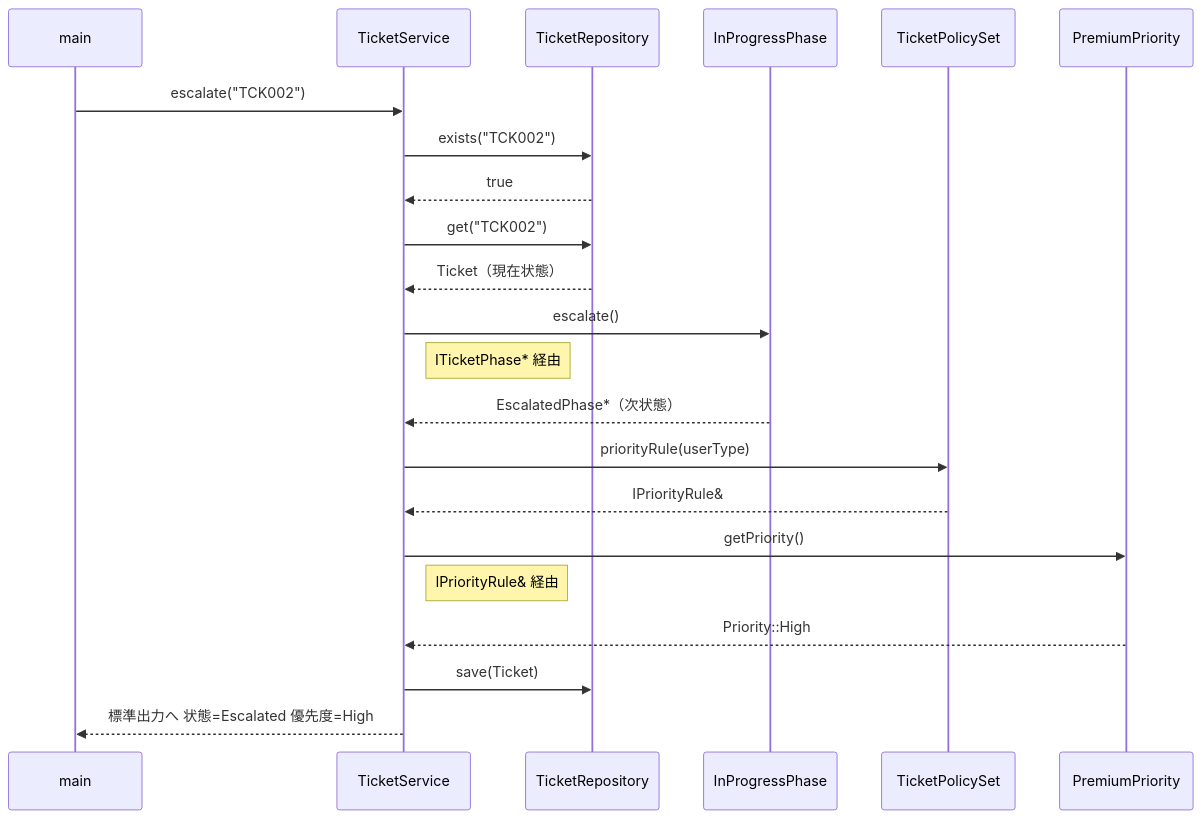
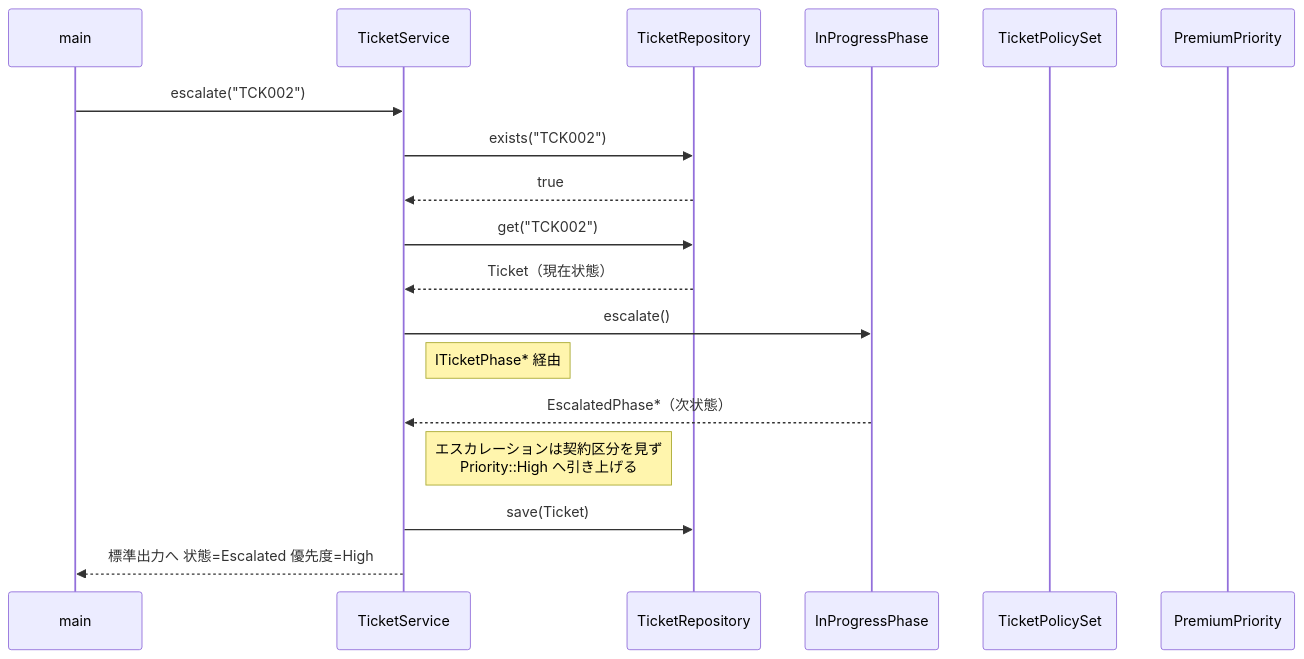
One commit to kumachan1101-pixel/DesignPattern changed diagram 16 of 21 in kindle/design-patterns/output/chapter09_2.md. Above: the diagram before and after it, drawn with Mermaid. The commit also changed other lines of this file and 3 other files, not shown here.

````diff
--- a/kindle/design-patterns/output/chapter09_2.md
+++ b/kindle/design-patterns/output/chapter09_2.md
@@ -1923,24 +1927,20 @@
 ```mermaid
 sequenceDiagram
     participant Main as main
     participant Svc as TicketService
     participant Repo as TicketRepository
     participant Ph as InProgressPhase
     participant Set as TicketPolicySet
     participant Rule as PremiumPriority
     Main->>Svc: escalate("TCK002")
     Svc->>Repo: exists("TCK002")
     Repo-->>Svc: true
     Svc->>Repo: get("TCK002")
     Repo-->>Svc: Ticket（現在状態）
     Svc->>Ph: escalate()
     Note right of Svc: ITicketPhase* 経由
     Ph-->>Svc: EscalatedPhase*（次状態）
-    Svc->>Set: priorityRule(userType)
-    Set-->>Svc: IPriorityRule&
-    Svc->>Rule: getPriority()
-    Note right of Svc: IPriorityRule& 経由
-    Rule-->>Svc: Priority::High
+    Note right of Svc: エスカレーションは契約区分を見ず<br/>Priority::High へ引き上げる
     Svc->>Repo: save(Ticket)
     Svc-->>Main: 標準出力へ 状態=Escalated 優先度=High
 ```
````
